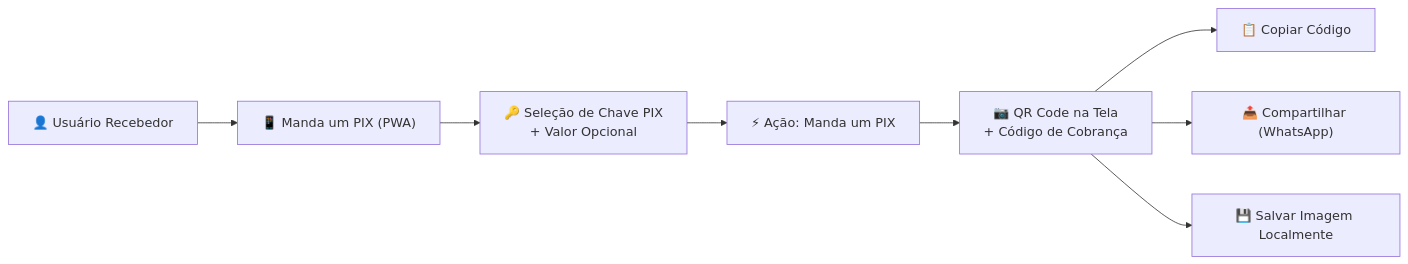
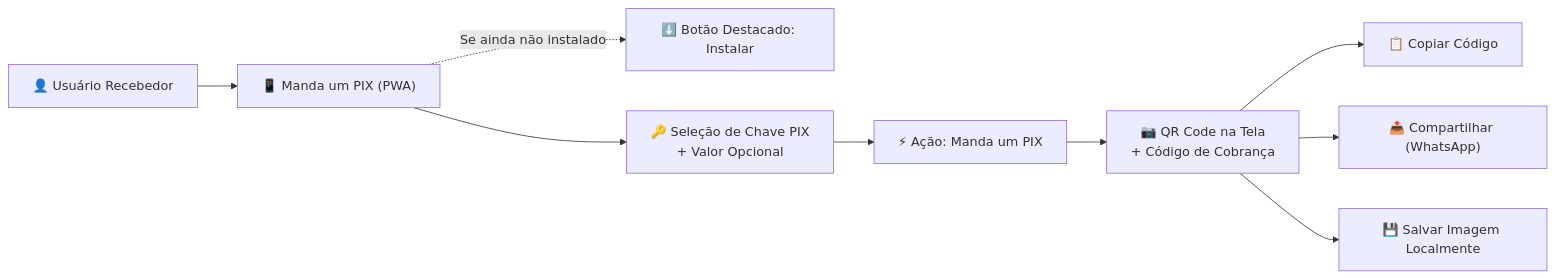
The diagram in docs/README.md (luizcanet/mandaumpix.app), drawn with Mermaid before and after one commit. The commit also changed other lines of this file and 10 other files, not shown here.

Commit message:
docs: update documentation for PWA install button feature and business rules

````diff
--- a/docs/README.md
+++ b/docs/README.md
@@ -26,10 +26,11 @@
 ```mermaid
 flowchart LR
     User["👤 Usuário Recebedor"] --> PWA["📱 Manda um PIX (PWA)"]
+    PWA -.->|"Se ainda não instalado"| Install["⬇️ Botão Destacado: Instalar"]
     PWA --> Keys["🔑 Seleção de Chave PIX<br/>+ Valor Opcional"]
     Keys --> Action["⚡ Ação: Manda um PIX"]
     Action --> QR["📷 QR Code na Tela<br/>+ Código de Cobrança"]
     QR --> Copy["📋 Copiar Código"]
     QR --> Share["📤 Compartilhar (WhatsApp)"]
     QR --> Save["💾 Salvar Imagem Localmente"]
 ```
````
